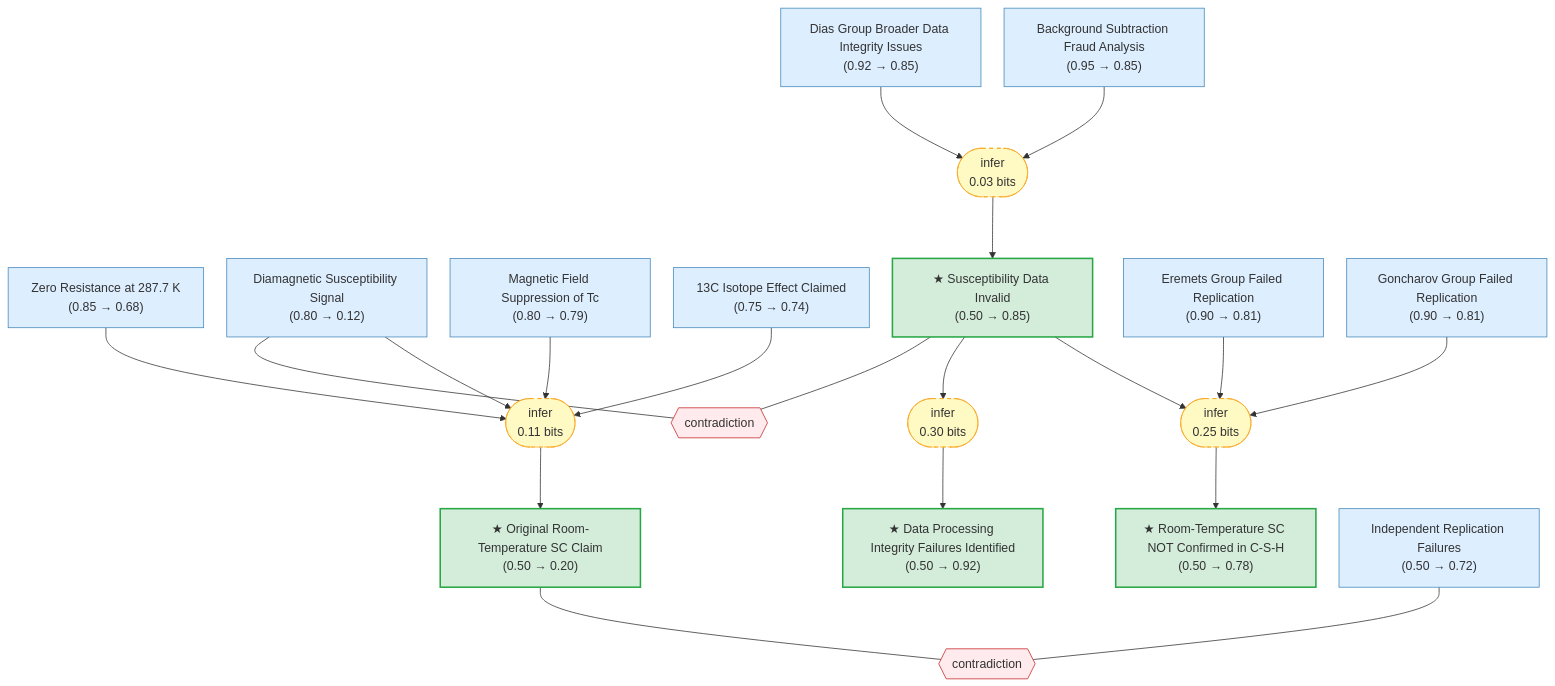
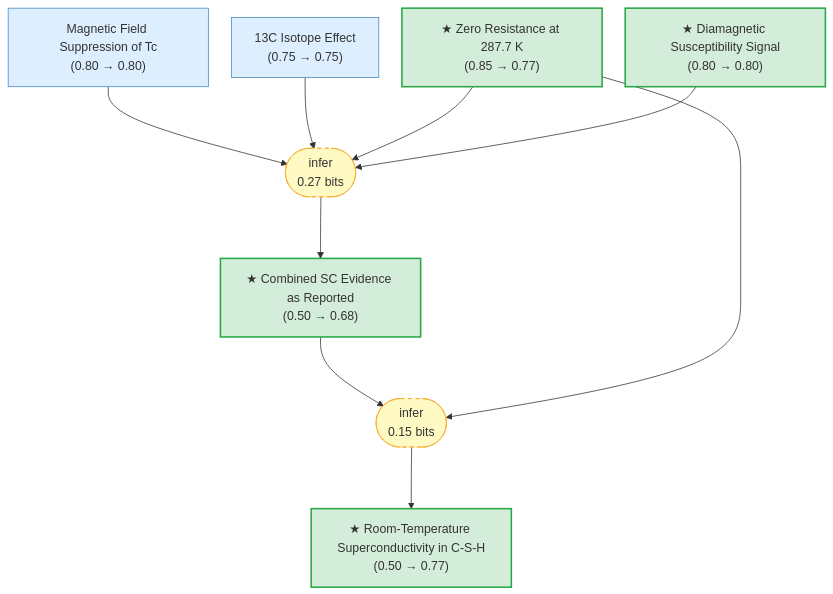
One commit to kunyuan/csh-superconductivity-gaia changed the diagram in README.md. Above: the diagram before and after it, drawn with Mermaid. The commit also changed other lines of this file and 25 other files, not shown here.

````diff
--- a/README.md
+++ b/README.md
@@ -24,51 +19,30 @@
 ```mermaid
 ---
 config:
   flowchart:
     rankSpacing: 80
     nodeSpacing: 30
 ---
 graph TB
-    resistance_observation["Zero Resistance at 287.7 K\n(0.85 → 0.68)"]:::premise
-    susceptibility_observation["Diamagnetic Susceptibility Signal\n(0.80 → 0.12)"]:::premise
-    field_suppression["Magnetic Field Suppression of Tc\n(0.80 → 0.79)"]:::premise
-    isotope_effect_observed["13C Isotope Effect Claimed\n(0.75 → 0.74)"]:::premise
-    original_sc_claim["★ Original Room-Temperature SC Claim\n(0.50 → 0.20)"]:::exported
-    background_subtraction_fraud["Background Subtraction Fraud Analysis\n(0.95 → 0.85)"]:::premise
-    susceptibility_data_invalid["★ Susceptibility Data Invalid\n(0.50 → 0.85)"]:::exported
-    eremets_failed_replication["Eremets Group Failed Replication\n(0.90 → 0.81)"]:::premise
-    goncharov_failed_replication["Goncharov Group Failed Replication\n(0.90 → 0.81)"]:::premise
-    dias_broader_issues["Dias Group Broader Data Integrity Issues\n(0.92 → 0.85)"]:::premise
-    rtsc_not_confirmed["★ Room-Temperature SC NOT Confirmed in C-S-H\n(0.50 → 0.78)"]:::exported
-    data_integrity_failure["★ Data Processing Integrity Failures Identified\n(0.50 → 0.92)"]:::exported
-    replication_failure["Independent Replication Failures\n(0.50 → 0.72)"]:::premise
-    strat_0(["infer\n0.03 bits"]):::weak
-    background_subtraction_fraud --> strat_0
-    dias_broader_issues --> strat_0
-    strat_0 --> susceptibility_data_invalid
-    strat_1(["infer\n0.25 bits"]):::weak
-    eremets_failed_replication --> strat_1
-    goncharov_failed_replication --> strat_1
-    susceptibility_data_invalid --> strat_1
-    strat_1 --> rtsc_not_confirmed
-    strat_2(["infer\n0.11 bits"]):::weak
-    field_suppression --> strat_2
-    isotope_effect_observed --> strat_2
-    resistance_observation --> strat_2
-    susceptibility_observation --> strat_2
-    strat_2 --> original_sc_claim
-    strat_3(["infer\n0.30 bits"]):::weak
-    susceptibility_data_invalid --> strat_3
-    strat_3 --> data_integrity_failure
-    oper_0{{"contradiction"}}:::contra
-    susceptibility_data_invalid --- oper_0
-    susceptibility_observation --- oper_0
-    oper_1{{"contradiction"}}:::contra
-    replication_failure --- oper_1
-    original_sc_claim --- oper_1
+    resistance_observation["★ Zero Resistance at 287.7 K\n(0.85 → 0.77)"]:::exported
+    susceptibility_observation["★ Diamagnetic Susceptibility Signal\n(0.80 → 0.80)"]:::exported
+    field_suppression["Magnetic Field Suppression of Tc\n(0.80 → 0.80)"]:::premise
+    isotope_effect_observed["13C Isotope Effect\n(0.75 → 0.75)"]:::premise
+    original_sc_evidence["★ Combined SC Evidence as Reported\n(0.50 → 0.68)"]:::exported
+    room_temperature_sc["★ Room-Temperature Superconductivity in C-S-H\n(0.50 → 0.77)"]:::exported
+    strat_0(["infer\n0.27 bits"]):::weak
+    field_suppression --> strat_0
+    isotope_effect_observed --> strat_0
+    resistance_observation --> strat_0
+    susceptibility_observation --> strat_0
+    strat_0 --> original_sc_evidence
+    strat_1(["infer\n0.15 bits"]):::weak
+    original_sc_evidence --> strat_1
+    resistance_observation --> strat_1
+    strat_1 --> room_temperature_sc
 
     classDef premise fill:#ddeeff,stroke:#4488bb,color:#333
     classDef exported fill:#d4edda,stroke:#28a745,stroke-width:2px,color:#333
     classDef weak fill:#fff9c4,stroke:#f9a825,stroke-dasharray: 5 5,color:#333
     classDef contra fill:#ffebee,stroke:#c62828,color:#333
 ```
````
